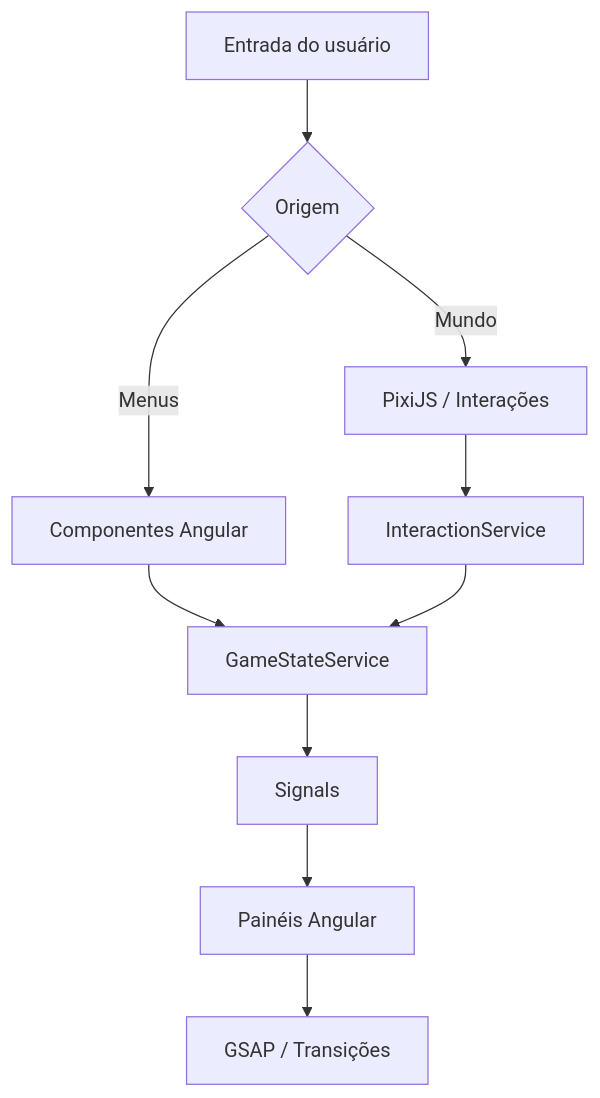
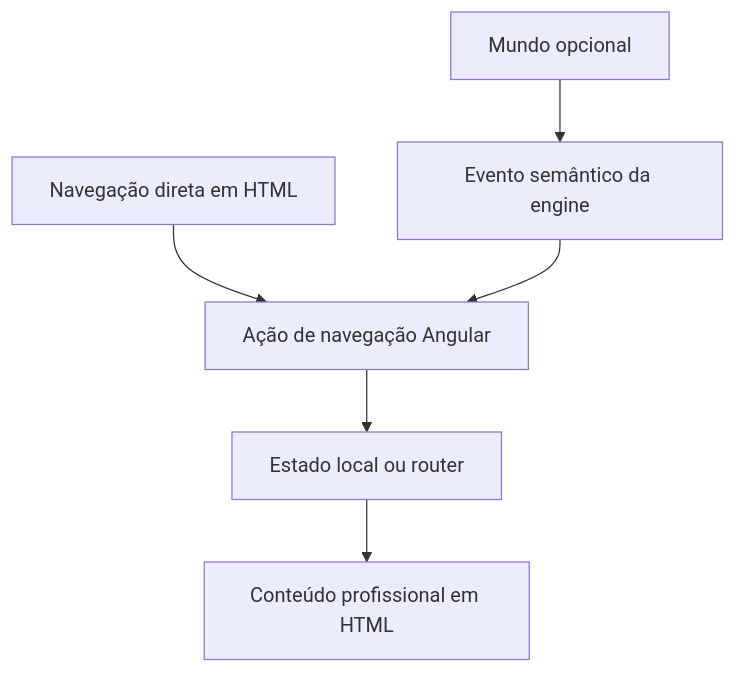
One commit to LeonardoLauermann/Portfolio changed the diagram in docs/arquitetura-portfolio-rpg-angular.md. Above: the diagram before and after it, drawn with Mermaid. The commit also changed other lines of this file and 31 other files, not shown here.

Commit message:
chore: update Angular and Nx, portfolio skills and architecture

````diff
--- a/docs/arquitetura-portfolio-rpg-angular.md
+++ b/docs/arquitetura-portfolio-rpg-angular.md
@@ -134,12 +114,8 @@
 ```mermaid
 flowchart TD
-    A[Entrada do usuário] --> B{Origem}
-    B -->|Mundo| C[PixiJS / Interações]
-    B -->|Menus| D[Componentes Angular]
-    C --> E[InteractionService]
-    D --> F[GameStateService]
-    E --> F
-    F --> G[Signals]
-    G --> H[Painéis Angular]
-    H --> I[GSAP / Transições]
+    A[Navegação direta em HTML] --> C[Ação de navegação Angular]
+    B[Mundo opcional] --> E[Evento semântico da engine]
+    E --> C
+    C --> D[Estado local ou router]
+    D --> F[Conteúdo profissional em HTML]
 ```
````
